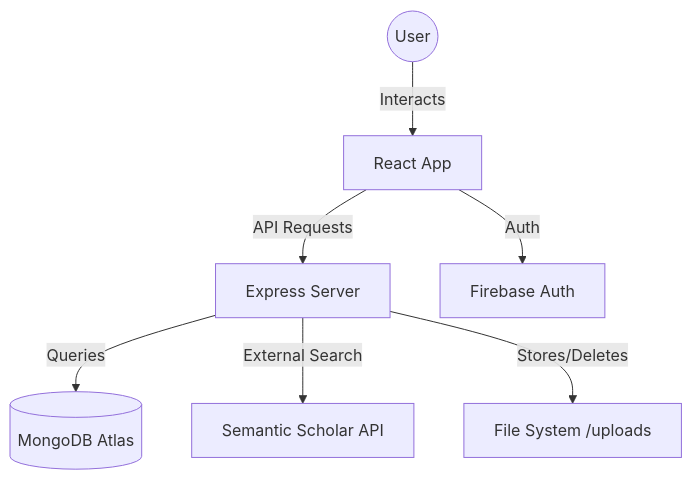
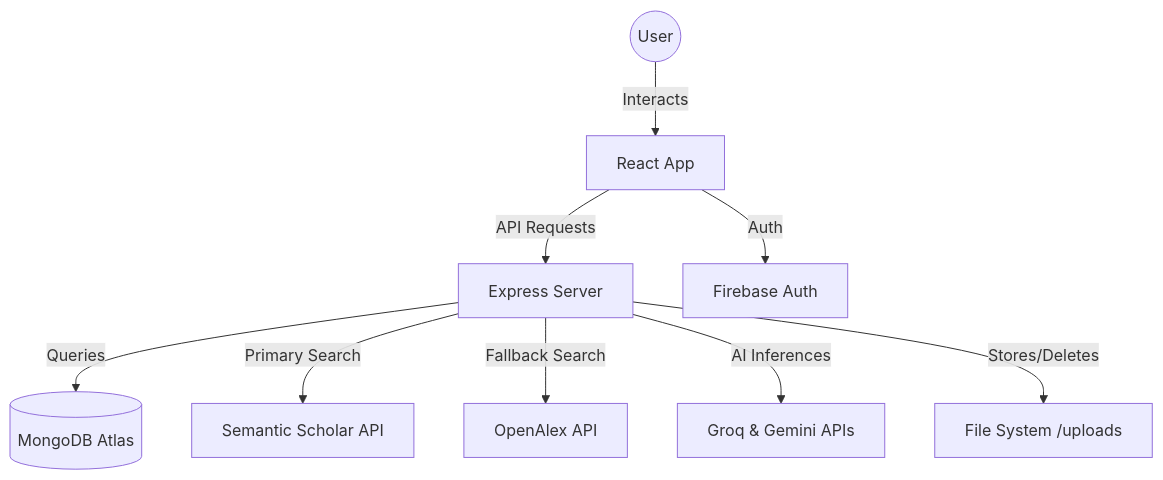
One commit to abhishek18-blog/Abstracts-researchHub changed the first of 2 diagrams in documentation.md. Above: the diagram before and after it, drawn with Mermaid. The commit also changed other lines of this file and 3 other files, not shown here.

````diff
--- a/documentation.md
+++ b/documentation.md
@@ -30,9 +31,11 @@
 ```mermaid
 graph TD
     User((User)) -->|Interacts| Frontend[React App]
     Frontend -->|API Requests| Backend[Express Server]
     Backend -->|Queries| MongoDB[(MongoDB Atlas)]
-    Backend -->|External Search| SemanticScholar[Semantic Scholar API]
+    Backend -->|Primary Search| SemanticScholar[Semantic Scholar API]
+    Backend -->|Fallback Search| OpenAlex[OpenAlex API]
+    Backend -->|AI Inferences| AIProviders[Groq & Gemini APIs]
     Backend -->|Stores/Deletes| Storage[File System /uploads]
     Frontend -->|Auth| Firebase[Firebase Auth]
 ```
````
